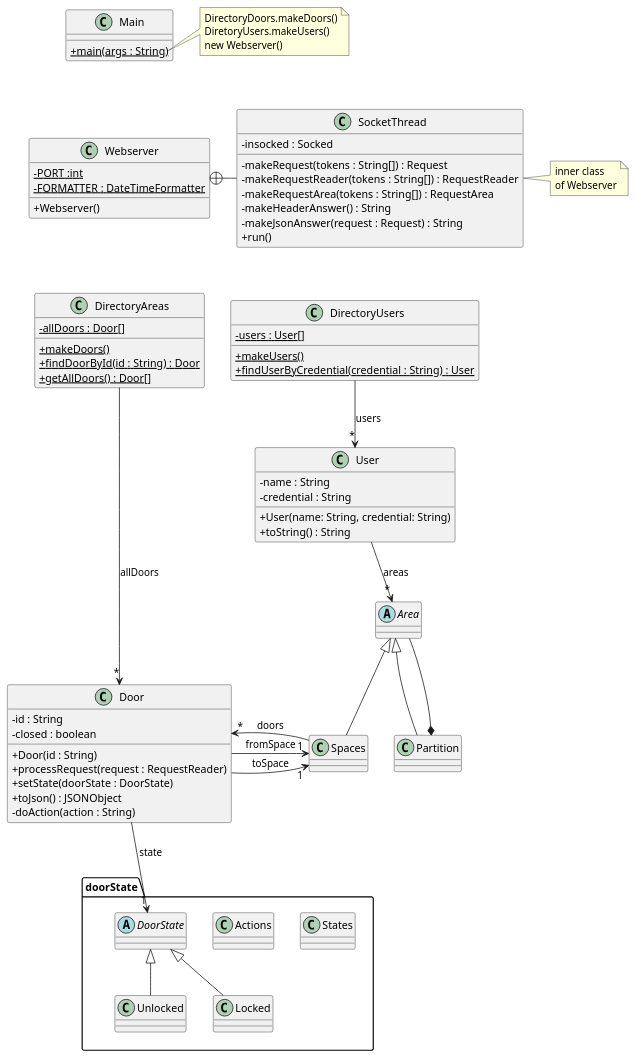
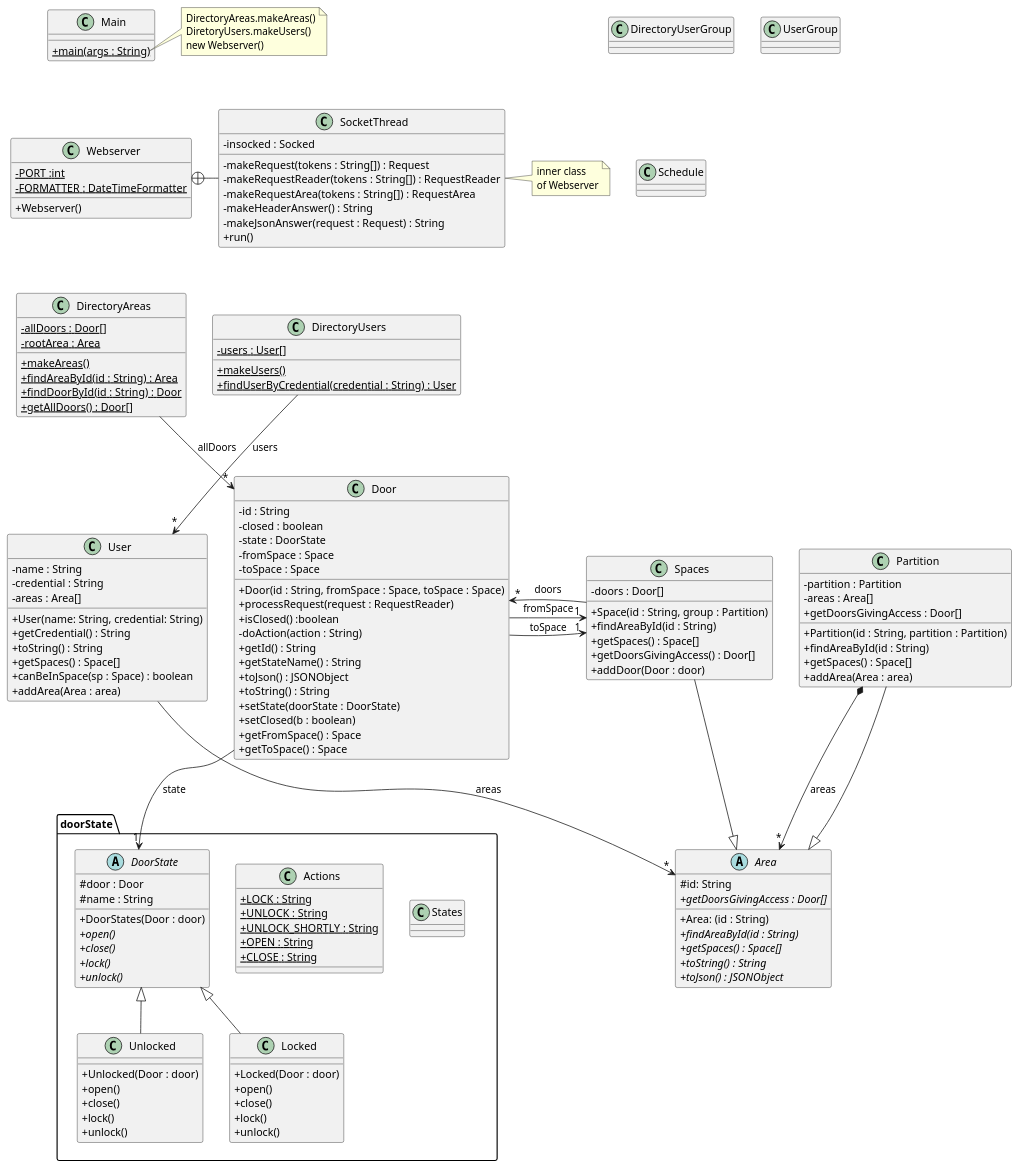
Before and after one commit to JackNesperosOba/acs_students-master: the diagram in out/production/acs_students-master/baseNoStates/uml/UML.puml, drawn with PlantUML. The commit also changed 26 other files, not shown here.

Commit message:
Unlocked_Shortly y Propped acabado

```diff
--- a/out/production/acs_students-master/baseNoStates/uml/UML.puml
+++ b/out/production/acs_students-master/baseNoStates/uml/UML.puml
@@ -1,128 +1,190 @@
 @startuml
 'https://plantuml.com/class-diagram
 skinparam classAttributeIconSize 0
 
 class Webserver {
 - {static} PORT :int
 - {static} FORMATTER : DateTimeFormatter
 + Webserver()
 }
 
 class SocketThread {
 - insocked : Socked
 - makeRequest(tokens : String[]) : Request
 - makeRequestReader(tokens : String[]) : RequestReader
 - makeRequestArea(tokens : String[]) : RequestArea
 - makeHeaderAnswer() : String
 - makeJsonAnswer(request : Request) : String
 + run()
 }
 
 Webserver +-right- SocketThread
 
 note right of SocketThread
 inner class
 of Webserver
 end note
 
 class DirectoryAreas {
 - {static} allDoors : Door[]
-+ {static} makeDoors()
+- {static} rootArea : Area
++ {static} makeAreas()
++ {static} findAreaById(id : String) : Area
 + {static} findDoorById(id : String) : Door
 + {static} getAllDoors() : Door[]
 }
 
 DirectoryAreas --> "*" Door : "allDoors"
 
 class DirectoryUsers {
 - {static} users : User[]
 + {static} makeUsers()
 + {static} findUserByCredential(credential : String) : User
 }
 
 DirectoryUsers --> "*" User : "users"
 
 class Door {
 - id : String
 - closed : boolean
-+ Door(id : String)
+- state : DoorState
+- fromSpace : Space
+- toSpace : Space
++ Door(id : String, fromSpace : Space, toSpace : Space)
 + processRequest(request : RequestReader)
++ isClosed() :boolean
+- doAction(action : String)
++ getId() : String
++ getStateName() : String
++ toJson() : JSONObject
++ toString() : String
 + setState(doorState : DoorState)
-+ toJson() : JSONObject
-'+ toString() : String
-'+ isClosed() :boolean
-'+ setClosed(b : boolean)
-'+ getStateName() : String
-- doAction(action : String)
++ setClosed(b : boolean)
++ getFromSpace() : Space
++ getToSpace() : Space
 }
 
 
 class User {
 - name : String
 - credential : String
+- areas : Area[]
 + User(name: String, credential: String)
++ getCredential() : String
 + toString() : String
++ getSpaces() : Space[]
++ canBeInSpace(sp : Space) : boolean
++ addArea(Area : area)
 }
 
 
 class Main {
 + {static} main(args : String)
 }
 
 note right of Main::main
-DirectoryDoors.makeDoors()
+DirectoryAreas.makeAreas()
 DiretoryUsers.makeUsers()
 new Webserver()
 end note
 
 package doorState <<Folder>> {
     class States {
 
     }
 
     class Actions {
+    + {static} LOCK : String
+    + {static} UNLOCK : String
+    + {static} UNLOCK_SHORTLY : String
+    + {static} OPEN : String
+    + {static} CLOSE : String
+    }
 
-    }
     abstract class DoorState {
-
+    #door : Door
+    #name : String
+    + DoorStates(Door : door)
+    + {abstract} open()
+    + {abstract} close()
+    + {abstract} lock()
+    + {abstract} unlock()
     }
 
     class Unlocked extends DoorState {
-
+    +Unlocked(Door : door)
+    + open()
+    + close()
+    + lock()
+    + unlock()
     }
 
     class Locked extends DoorState {
-
+    + Locked(Door : door)
+    + open()
+    + close()
+    + lock()
+    + unlock()
     }
 }
 Door --> "1" DoorState : "state"
 
+abstract class Area {
+#id: String
++Area: (id : String)
++ {abstract} findAreaById(id : String)
++ {abstract} getSpaces() : Space[]
++ {abstract} getDoorsGivingAccess : Door[]
++ {abstract} toString() : String
++ {abstract} toJson() : JSONObject
+}
 
-abstract class Area {
+class Spaces extends Area{
+-doors : Door[]
++Space(id : String, group : Partition)
++findAreaById(id : String)
++getSpaces() : Space[]
++getDoorsGivingAccess() : Door[]
++addDoor(Door : door)
+}
+
+class Partition extends Area{
+-partition : Partition
+-areas : Area[]
++Partition(id : String, partition : Partition)
++findAreaById(id : String)
++getSpaces() : Space[]
++getDoorsGivingAccess : Door[]
++addArea(Area : area)
+}
+
+class DirectoryUserGroup {
 
 }
 
-class Spaces extends Area{
+class UserGroup {
 
 }
 
-class Partition extends Area{
+class Schedule {
 
 }
 
-Area --* Partition
+
+
+Partition *--> "*" Area : areas
 User --> "*" Area : "areas"
 Spaces --> "*" Door : "doors"
 Door --> "1" Spaces : "fromSpace"
 Door --> "1" Spaces : "toSpace"
 
 
 Main -[hidden]down- Webserver
 Webserver -[hidden]down- DirectoryAreas
 DirectoryAreas -[hidden]right- DirectoryUsers
 Door -[hidden]down- doorState
 Spaces -[hidden]right- Partition
 User -[hidden]right- Door
 Spaces -[hidden]left- Door
 
 @enduml
```
